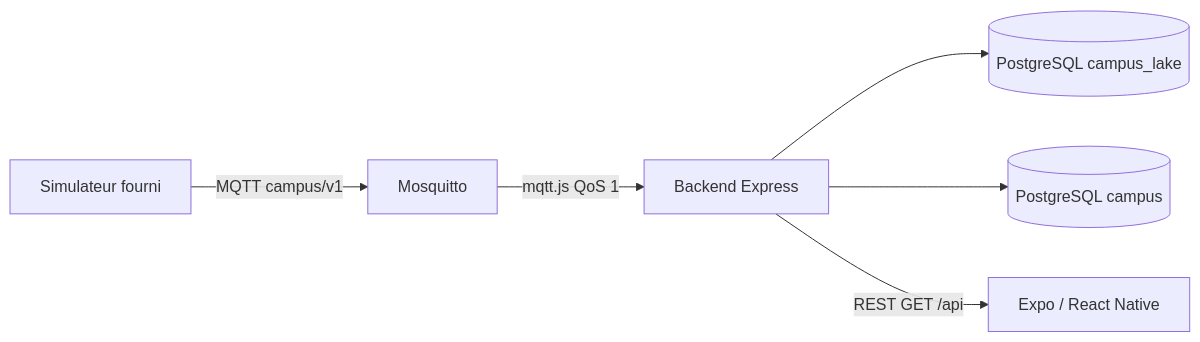
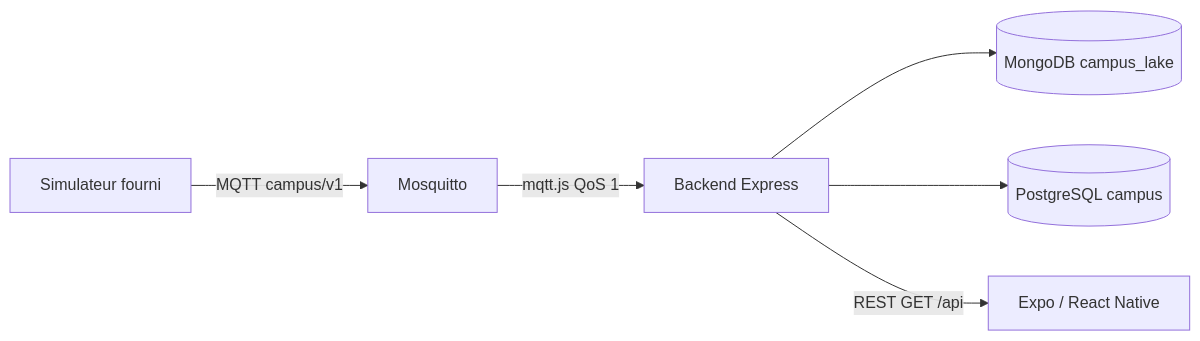
The diagram in docs/architecture.md (EliotGIRAUD/campus-connecte), drawn with Mermaid before and after one commit. The commit also changed other lines of this file and 19 other files, not shown here.

First line of the commit message:
Remplacer le data lake Postgres par MongoDB append-only.

````diff
--- a/docs/architecture.md
+++ b/docs/architecture.md
@@ -5,8 +5,8 @@
 ```mermaid
 flowchart LR
     S["Simulateur fourni"] -->|"MQTT campus/v1"| M["Mosquitto"]
     M -->|"mqtt.js QoS 1"| B["Backend Express"]
-    B --> LAKE[("PostgreSQL campus_lake")]
+    B --> LAKE[("MongoDB campus_lake")]
     B --> PG[("PostgreSQL campus")]
     B -->|"REST GET /api"| A["Expo / React Native"]
 ```
````
